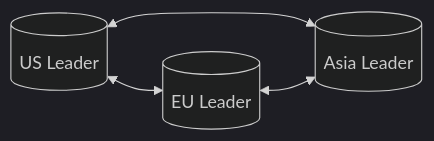
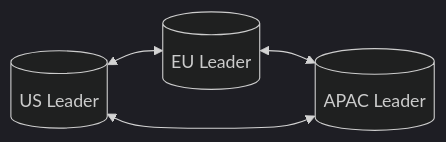
Before and after one commit to mthaiseer/springcloud-systemdesign-notes: diagram 12 of 19 in HLD_NOTES/003_TECHNOLOGY_DEEP_DIVE/rdbms/database_v2.md, drawn with Mermaid (dark theme). The commit also changed other lines of this file, not shown here.

````diff
--- a/HLD_NOTES/003_TECHNOLOGY_DEEP_DIVE/rdbms/database_v2.md
+++ b/HLD_NOTES/003_TECHNOLOGY_DEEP_DIVE/rdbms/database_v2.md
@@ -919,6 +726,6 @@
 ```mermaid
 flowchart LR
     US[(US Leader)] <--> EU[(EU Leader)]
-    US <--> ASIA[(Asia Leader)]
-    EU <--> ASIA
+    EU <--> APAC[(APAC Leader)]
+    APAC <--> US
 ```
````
